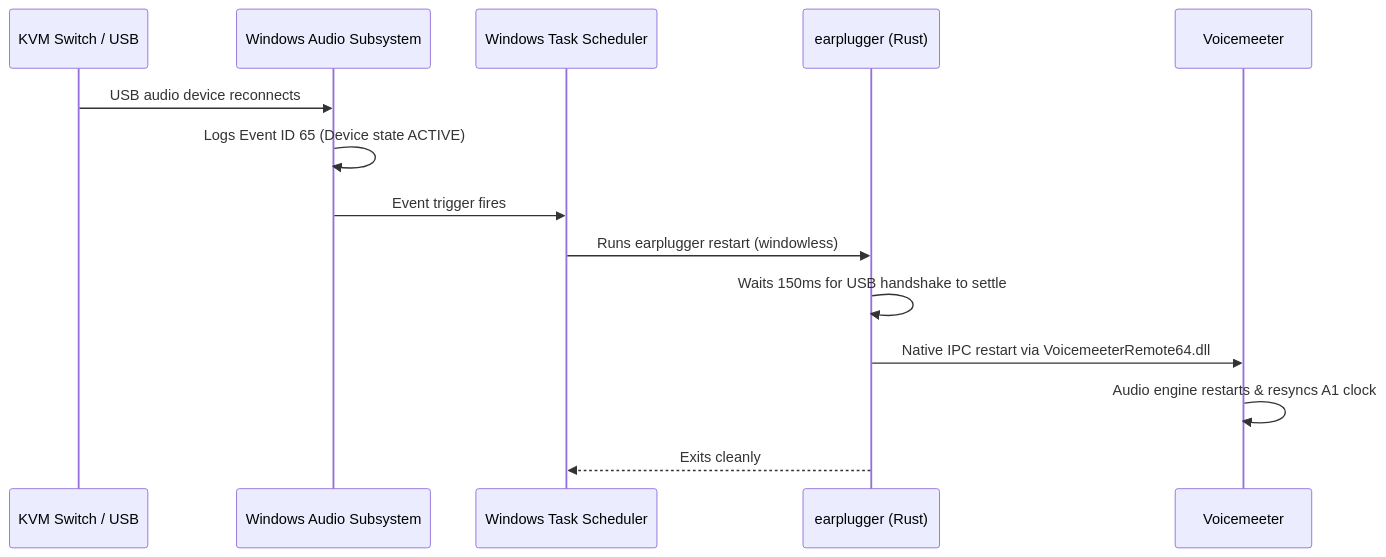
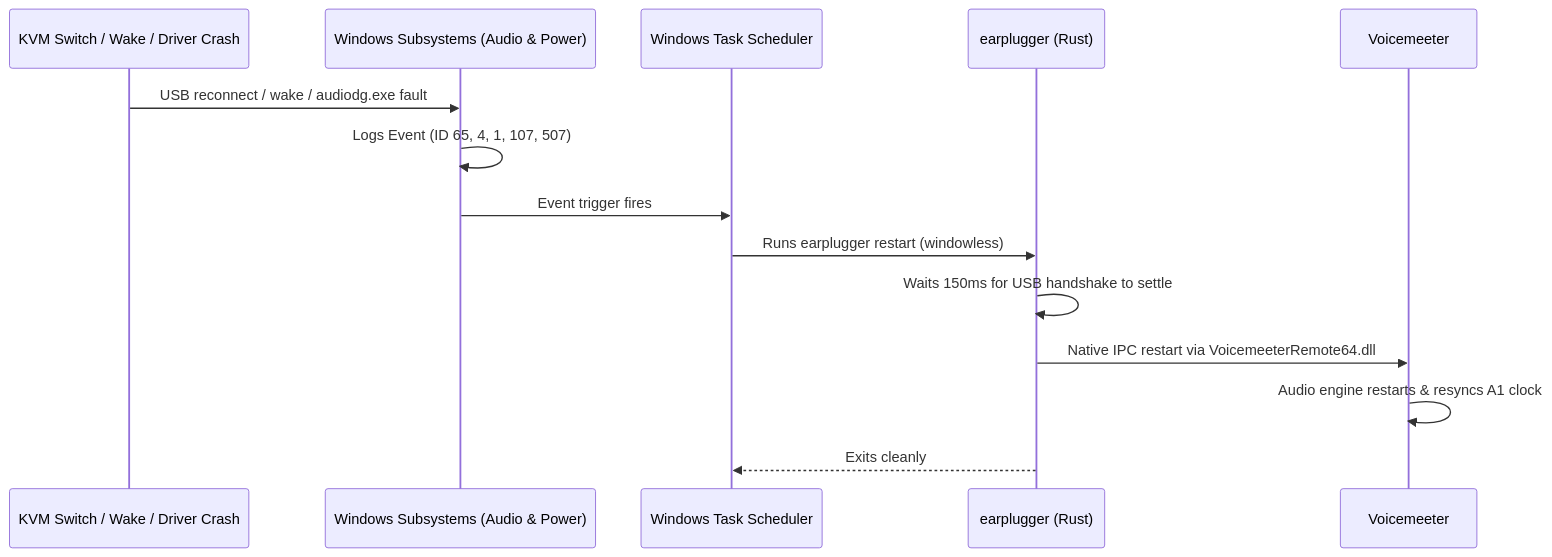
One commit to johnathangallagher/earplugger changed the diagram in README.md. Above: the diagram before and after it, drawn with Mermaid. The commit also changed other lines of this file and 4 other files, not shown here.

````diff
--- a/README.md
+++ b/README.md
@@ -32,17 +33,17 @@
 ```mermaid
 sequenceDiagram
-    participant KVM as KVM Switch / USB
-    participant Win as Windows Audio Subsystem
+    participant Source as KVM Switch / Wake / Driver Crash
+    participant Win as Windows Subsystems (Audio & Power)
     participant Task as Windows Task Scheduler
     participant EP as earplugger (Rust)
     participant VM as Voicemeeter
 
-    KVM->>Win: USB audio device reconnects
-    Win->>Win: Logs Event ID 65 (Device state ACTIVE)
+    Source->>Win: USB reconnect / wake / audiodg.exe fault
+    Win->>Win: Logs Event (ID 65, 4, 1, 107, 507)
     Win->>Task: Event trigger fires
     Task->>EP: Runs earplugger restart (windowless)
     EP->>EP: Waits 150ms for USB handshake to settle
     EP->>VM: Native IPC restart via VoicemeeterRemote64.dll
     VM->>VM: Audio engine restarts & resyncs A1 clock
     EP-->>Task: Exits cleanly
 ```
````
